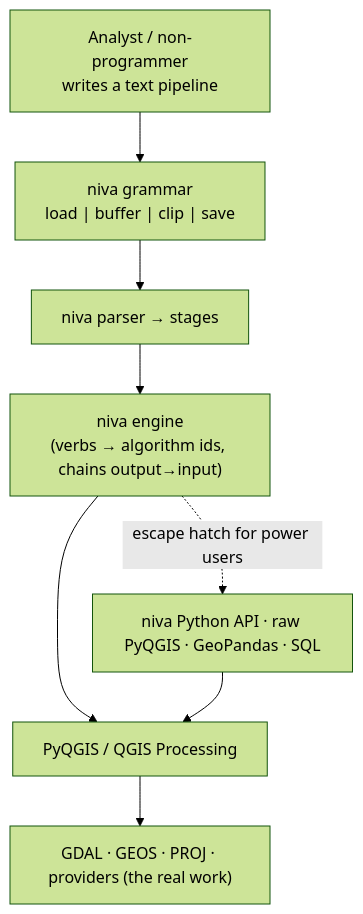
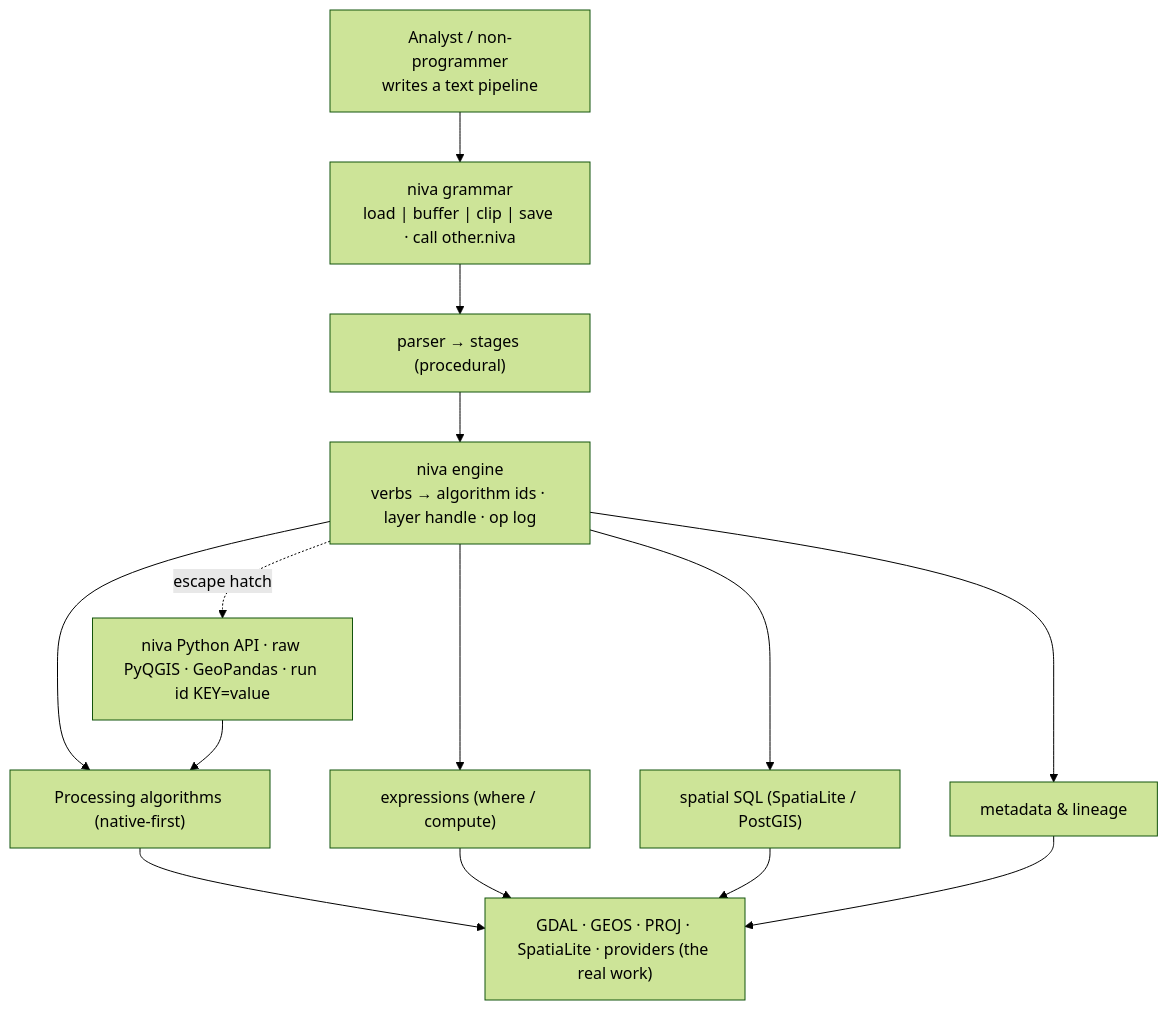
Before and after one commit to johnzastrow/niva: the first of 2 diagrams in planning/01-prd.md, drawn with Mermaid (forest theme). The commit also changed other lines of this file and 2 other files, not shown here.

````diff
--- a/planning/01-prd.md
+++ b/planning/01-prd.md
@@ -38,10 +41,13 @@
 ```mermaid
 flowchart TD
-    U["Analyst / non-programmer<br/>writes a text pipeline"] --> G["niva grammar<br/>load | buffer | clip | save"]
-    G --> PARSE["niva parser → stages"]
-    PARSE --> ENG["niva engine<br/>(verbs → algorithm ids, chains output→input)"]
-    ENG --> P["PyQGIS / QGIS Processing"]
-    P --> GD["GDAL · GEOS · PROJ · providers (the real work)"]
-    ENG -. "escape hatch for power users" .-> PY["niva Python API · raw PyQGIS · GeoPandas · SQL"]
-    PY --> P
+    U["Analyst / non-programmer<br/>writes a text pipeline"] --> G["niva grammar<br/>load | buffer | clip | save · call other.niva"]
+    G --> PARSE["parser → stages (procedural)"]
+    PARSE --> ENG["niva engine<br/>verbs → algorithm ids · layer handle · op log"]
+    ENG --> S1["Processing algorithms (native-first)"]
+    ENG --> S2["expressions (where / compute)"]
+    ENG --> S3["spatial SQL (SpatiaLite / PostGIS)"]
+    ENG --> S4["metadata & lineage"]
+    S1 & S2 & S3 & S4 --> GD["GDAL · GEOS · PROJ · SpatiaLite · providers (the real work)"]
+    ENG -. "escape hatch" .-> PY["niva Python API · raw PyQGIS · GeoPandas · run id KEY=value"]
+    PY --> S1
 ```
````
